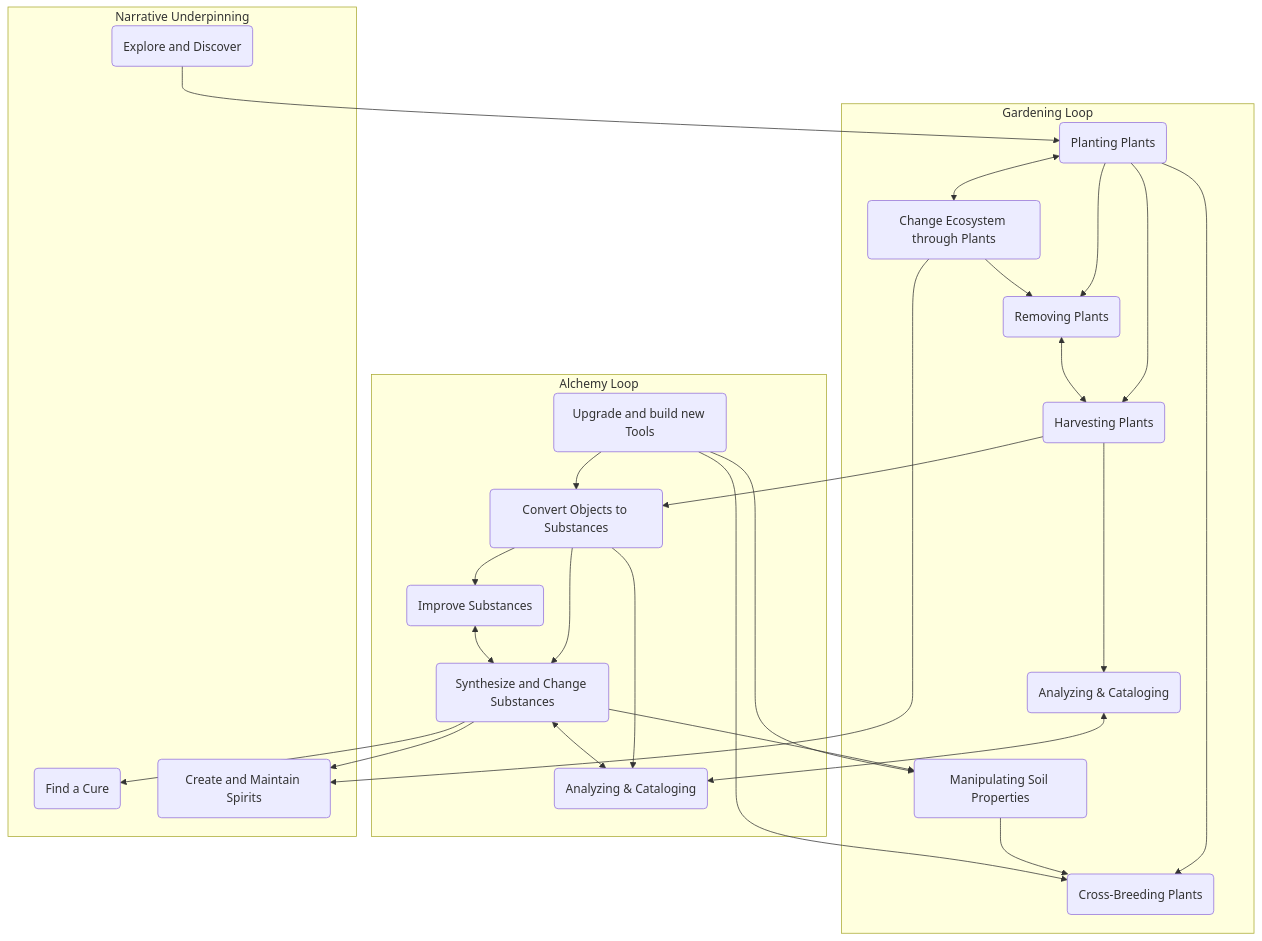
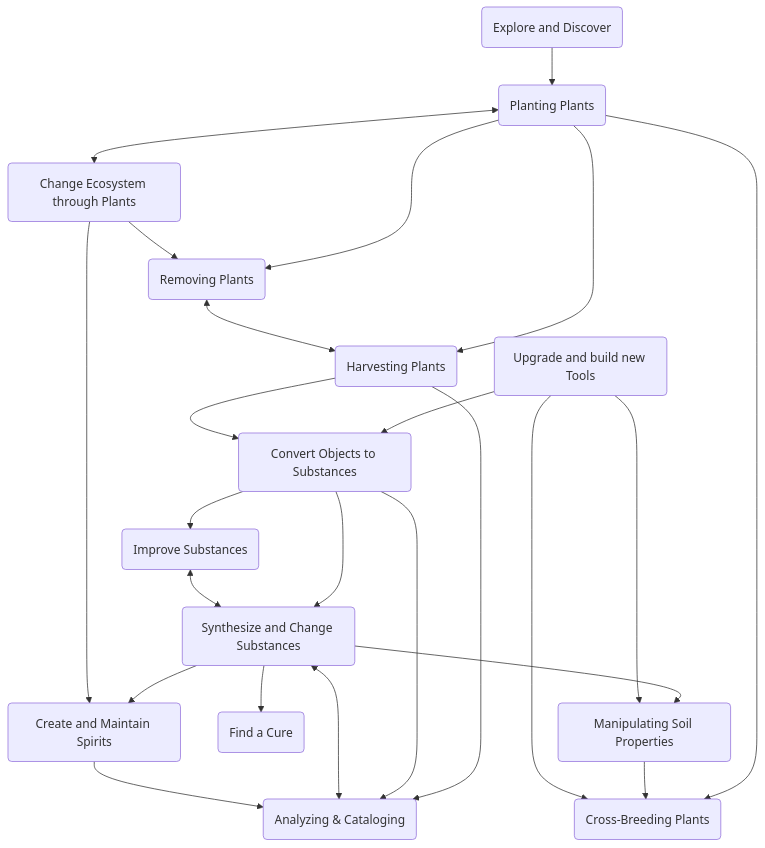
Before and after one commit to Deathlygrim/ObsidianRepo: the diagram in FOREST OVERGROWTH/Game System Component Chart.md, drawn with Mermaid. The commit also changed 1 other file, not shown here.

Commit message:
vault backup: 2026-06-25 19:22:26

````diff
--- a/FOREST OVERGROWTH/Game System Component Chart.md
+++ b/FOREST OVERGROWTH/Game System Component Chart.md
@@ -3,54 +3,49 @@
 ```mermaid
 graph TD;
-  subgraph "Gardening Loop"
     Plant("Planting Plants")
     Harvest("Harvesting Plants")
     Remove("Removing Plants")
     Fertilize("Manipulating Soil Properties")
     Breeding("Cross-Breeding Plants")
     Analyse("Analyzing & Cataloging")
     
     Influence("Change Ecosystem through Plants")
 
     Plant --> Harvest
     Plant --> Remove
     Remove <--> Harvest
     Harvest --> Analyse
     Plant --> Breeding
     Fertilize --> Breeding
     Plant <--> Influence
     Influence --> Remove
-  end
-  subgraph "Alchemy Loop"
+    
     Extract("Convert Objects to Substances")
     Purify("Improve Substances")
     Synth("Synthesize and Change Substances")
-    Analyse1("Analyzing & Cataloging")
     Advance("Upgrade and build new Tools")
 
     Extract --> Purify
     Extract --> Synth
     Purify <--> Synth
     Advance --> Extract
-    Extract --> Analyse1
-    Synth <--> Analyse1
-  end
+    Extract --> Analyse
+    Synth <--> Analyse
 
-  Analyse <--> Analyse1
+
   Synth --> Fertilize
   Advance --> Fertilize
   Advance --> Breeding
   Harvest --> Extract
 
-  subgraph "Narrative Underpinning"
     Cure("Find a Cure")
     Creatures("Create and Maintain Spirits")
     Exploration("Explore and Discover");
-  end
 
   Synth --> Creatures
   Synth --> Cure
   Influence --> Creatures
   Exploration --> Plant
+  Creatures --> Analyse
 
 ```
````
